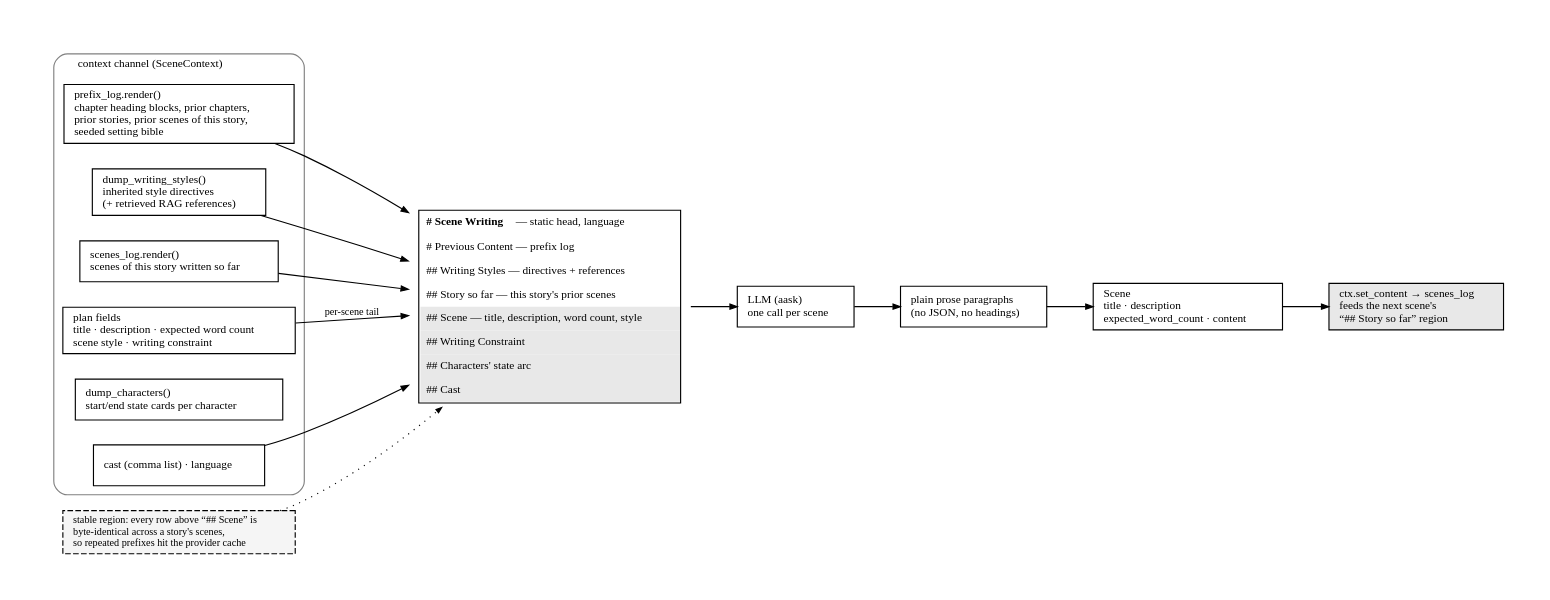
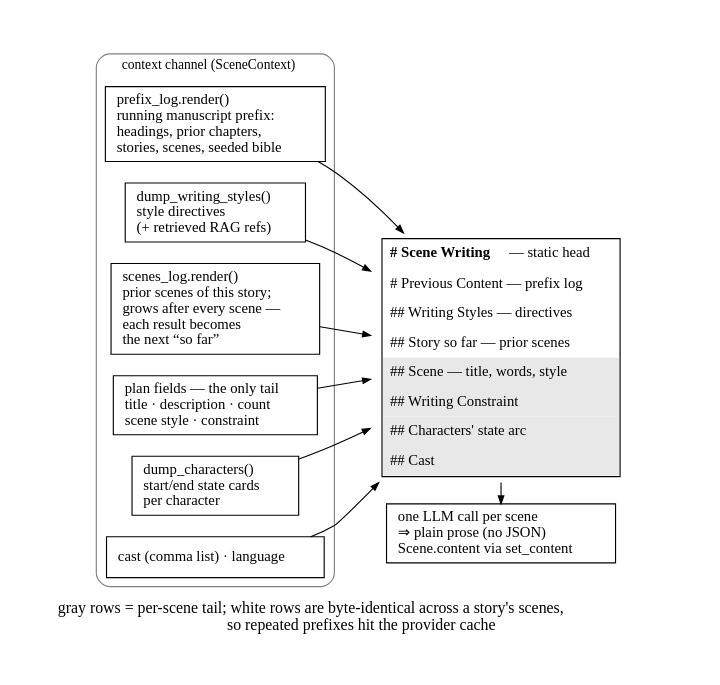
The diagram in packages/fabricatio-novel/assets/prompt-assembly.gv (Whth/fabricatio), drawn with Graphviz before and after one commit. The commit also changed 6 other files, not shown here.

```diff
--- a/packages/fabricatio-novel/assets/prompt-assembly.gv
+++ b/packages/fabricatio-novel/assets/prompt-assembly.gv
@@ -1,63 +1,62 @@
 // fabricatio-novel: how one scene write prompt is assembled, and what comes back.
 // Render: dot -Tsvg prompt-assembly.gv -o prompt-assembly.svg
 digraph assembly {
     rankdir=LR;
     bgcolor="white";
     fontname="serif";
     pad="0.45";
-    fontsize=11;
-    nodesep=0.30;
+    nodesep=0.26;
     ranksep=0.55;
 
     node [shape=box, style="filled", fillcolor="white", color="black",
-          fontname="serif", fontsize=10, margin="0.12,0.06"];
-    edge [color="black", arrowsize=0.65, fontname="serif", fontsize=9];
+          fontname="serif", fontsize=13, margin="0.14,0.07"];
+    edge [color="black", arrowsize=0.7, fontname="serif", fontsize=11];
+
     subgraph cluster_sources {
         label="context channel (SceneContext)";
+        labelloc="t";
         labeljust="l";
         fontname="serif";
-        fontsize=10;
+        fontsize=12;
         color="#808080";
         style="rounded";
 
-        src_prefix [label="prefix_log.render()\lchapter heading blocks, prior chapters,\lprior stories, prior scenes of this story,\lseeded setting bible\l"];
-        src_styles [label="dump_writing_styles()\linherited style directives\l(+ retrieved RAG references)\l"];
-        src_sofar  [label="scenes_log.render()\lscenes of this story written so far\l"];
-        src_scene  [label="plan fields\ltitle · description · expected word count\lscene style · writing constraint\l"];
-        src_chars  [label="dump_characters()\lstart/end state cards per character\l"];
+        src_prefix [label="prefix_log.render()\lrunning manuscript prefix:\lheadings, prior chapters,\lstories, scenes, seeded bible\l"];
+        src_styles [label="dump_writing_styles()\lstyle directives\l(+ retrieved RAG refs)\l"];
+        src_sofar  [label="scenes_log.render()\lprior scenes of this story;\lgrows after every scene —\leach result becomes\lthe next “so far”\l"];
+        src_scene  [label="plan fields — the only tail\ltitle · description · count\lscene style · constraint\l"];
+        src_chars  [label="dump_characters()\lstart/end state cards\lper character\l"];
         src_misc   [label="cast (comma list) · language\l"];
     }
 
     prompt [shape=plaintext, style="", fillcolor="white",
             label=<
-                <table border="1" cellborder="0" cellspacing="0" cellpadding="5" bgcolor="white">
-                    <tr><td align="left"><b># Scene Writing</b> — static head, language</td></tr>
+                <table border="1" cellborder="0" cellspacing="0" cellpadding="6" bgcolor="white">
+                    <tr><td align="left"><b># Scene Writing</b> — static head</td></tr>
                     <tr><td align="left"># Previous Content — prefix log</td></tr>
-                    <tr><td align="left">## Writing Styles — directives + references</td></tr>
-                    <tr><td align="left">## Story so far — this story's prior scenes</td></tr>
-                    <tr><td align="left" bgcolor="#E8E8E8">## Scene — title, description, word count, style</td></tr>
+                    <tr><td align="left">## Writing Styles — directives</td></tr>
+                    <tr><td align="left">## Story so far — prior scenes</td></tr>
+                    <tr><td align="left" bgcolor="#E8E8E8">## Scene — title, words, style</td></tr>
                     <tr><td align="left" bgcolor="#E8E8E8">## Writing Constraint</td></tr>
                     <tr><td align="left" bgcolor="#E8E8E8">## Characters' state arc</td></tr>
                     <tr><td align="left" bgcolor="#E8E8E8">## Cast</td></tr>
                 </table>
             >];
 
-    llm  [label="LLM (aask)\lone call per scene\l"];
-    out  [label="plain prose paragraphs\l(no JSON, no headings)\l"];
-    scene[label="Scene\ltitle · description\lexpected_word_count · content\l"];
-    log  [label="ctx.set_content → scenes_log\lfeeds the next scene's\l“## Story so far” region\l", fillcolor="#E8E8E8"];
+    write [label="one LLM call per scene\l⇒ plain prose (no JSON)\lScene.content via set_content\l"];
+
+    // keep the outcome box directly below the prompt, not to its right
+    { rank=same; prompt; write; }
 
     src_prefix -> prompt;
     src_styles -> prompt;
     src_sofar  -> prompt;
-    src_scene  -> prompt [label=" per-scene tail"];
+    src_scene  -> prompt;
+    src_chars  -> prompt;
     src_misc   -> prompt;
-    stable [style="filled, dashed", fillcolor="#F5F5F5", fontsize=9,
-            label="stable region: every row above “## Scene” is\lbyte-identical across a story's scenes,\lso repeated prefixes hit the provider cache\l"];
-    stable -> prompt [style=dotted, arrowsize=0.5];
 
-    prompt -> llm;
-    llm -> out;
-    out -> scene;
-    scene -> log;
+    prompt -> write [constraint=false];
+
+    labelloc="b";
+    label="  gray rows = per-scene tail; white rows are byte-identical across a story's scenes,\l  so repeated prefixes hit the provider cache";
 }
```
